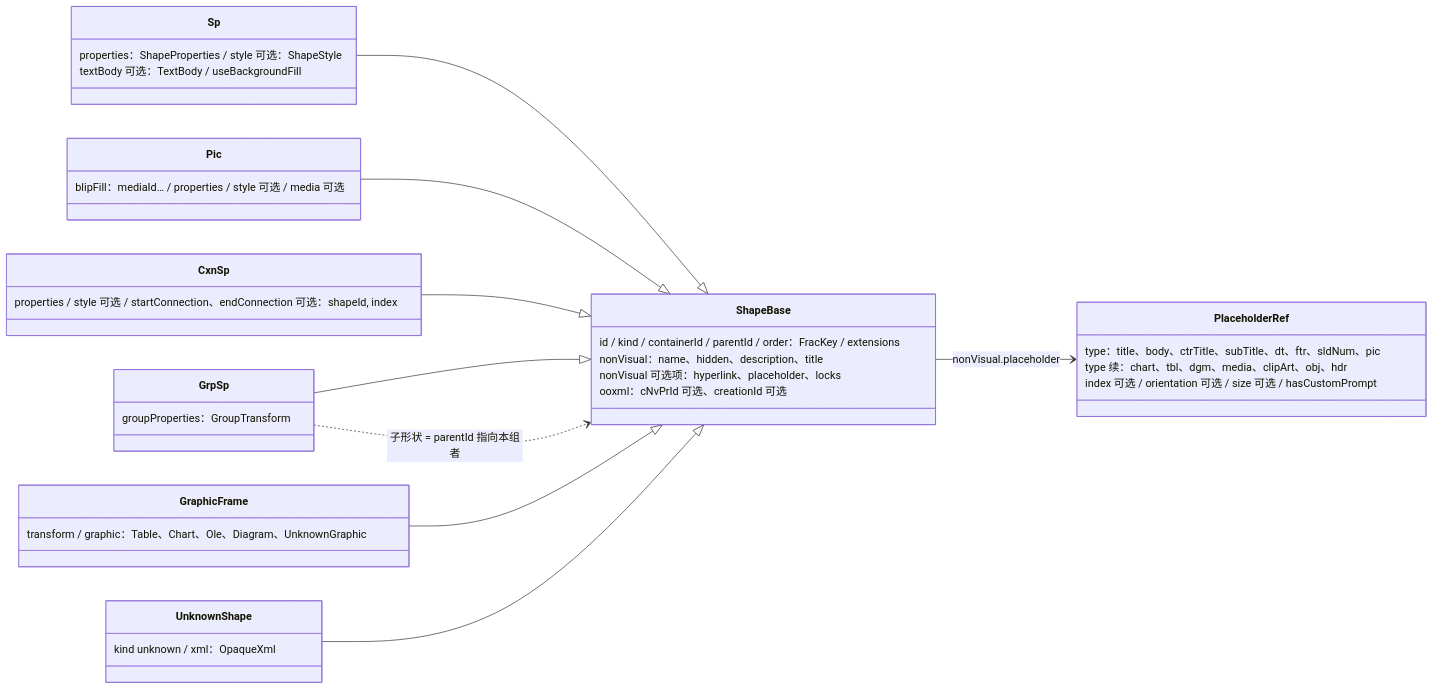
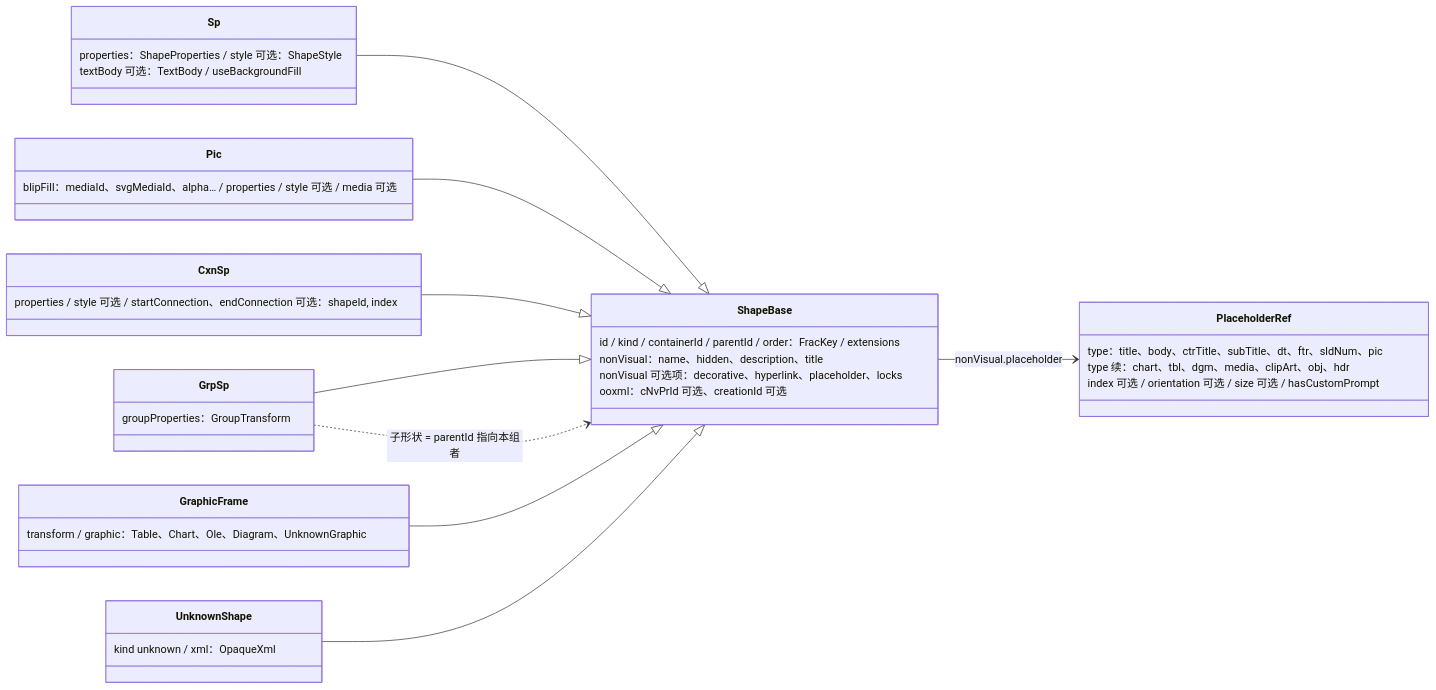
The sixth of 12 diagrams in docs/30-architecture/04-document-model.md (Xeonice/cordis-ppt-editor), drawn with Mermaid before and after one commit. The commit also changed other lines of this file and 78 other files, not shown here.

````diff
--- a/docs/30-architecture/04-document-model.md
+++ b/docs/30-architecture/04-document-model.md
@@ -406,42 +406,42 @@
 ```mermaid
 classDiagram
   direction LR
   class ShapeBase {
     id / kind / containerId / parentId / order：FracKey / extensions
     nonVisual：name、hidden、description、title
-    nonVisual 可选项：hyperlink、placeholder、locks
+    nonVisual 可选项：decorative、hyperlink、placeholder、locks
     ooxml：cNvPrId 可选、creationId 可选
   }
   class Sp {
     properties：ShapeProperties / style 可选：ShapeStyle
     textBody 可选：TextBody / useBackgroundFill
   }
   class Pic {
-    blipFill：mediaId… / properties / style 可选 / media 可选
+    blipFill：mediaId、svgMediaId、alpha… / properties / style 可选 / media 可选
   }
   class GrpSp {
     groupProperties：GroupTransform
   }
   class CxnSp {
     properties / style 可选 / startConnection、endConnection 可选：shapeId, index
   }
   class GraphicFrame {
     transform / graphic：Table、Chart、Ole、Diagram、UnknownGraphic
   }
   class UnknownShape {
     kind unknown / xml：OpaqueXml
   }
   class PlaceholderRef {
     type：title、body、ctrTitle、subTitle、dt、ftr、sldNum、pic
     type 续：chart、tbl、dgm、media、clipArt、obj、hdr
     index 可选 / orientation 可选 / size 可选 / hasCustomPrompt
   }
   Sp --|> ShapeBase
   Pic --|> ShapeBase
   GrpSp --|> ShapeBase
   CxnSp --|> ShapeBase
   GraphicFrame --|> ShapeBase
   UnknownShape --|> ShapeBase
   ShapeBase --> PlaceholderRef : nonVisual.placeholder
   GrpSp ..> ShapeBase : 子形状 = parentId 指向本组者
 ```
````
